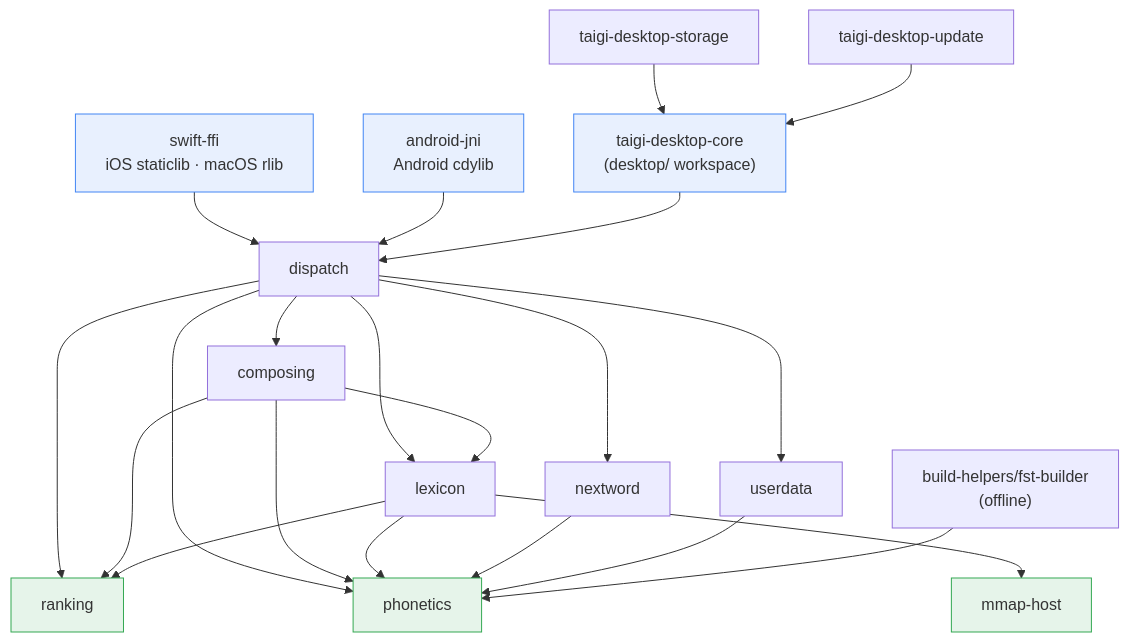
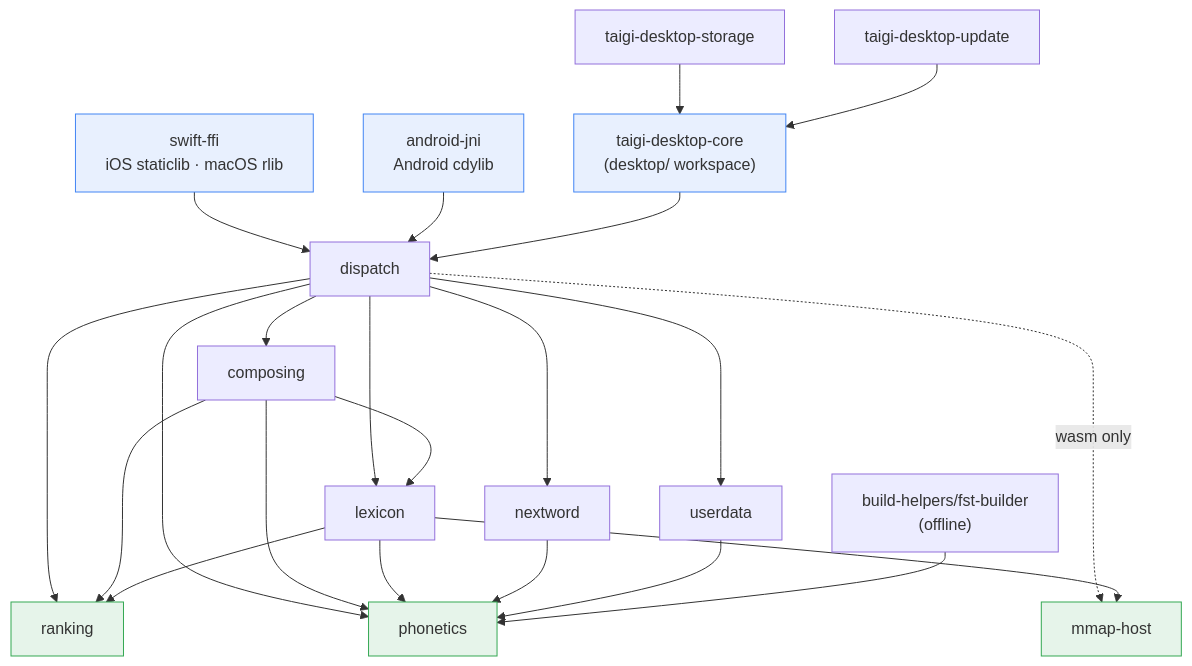
Before and after one commit to taigikeyboard/taigikeyboard: the second of 4 diagrams in docs/architecture/system-overview.md, drawn with Mermaid. The commit also changed 27 other files, not shown here.

````diff
--- a/docs/architecture/system-overview.md
+++ b/docs/architecture/system-overview.md
@@ -82,28 +82,29 @@
 ```mermaid
 graph TD
     swiftffi["swift-ffi<br/>iOS staticlib · macOS rlib"] --> dispatch
     androidjni["android-jni<br/>Android cdylib"] --> dispatch
     dcore["taigi-desktop-core<br/>(desktop/ workspace)"] --> dispatch
     dstorage["taigi-desktop-storage"] --> dcore
     dupdate["taigi-desktop-update"] --> dcore
     dispatch --> composing
     dispatch --> lexicon
     dispatch --> nextword
     dispatch --> ranking
     dispatch --> userdata
     dispatch --> phonetics
+    dispatch -. wasm only .-> mmaphost
     composing --> lexicon
     composing --> ranking
     composing --> phonetics
     lexicon --> ranking
     lexicon --> phonetics
     lexicon --> mmaphost["mmap-host"]
     nextword --> phonetics
     userdata --> phonetics
     fstbuilder["build-helpers/fst-builder<br/>(offline)"] --> phonetics
 
     classDef adapter fill:#e8f0fe,stroke:#4285f4;
     classDef leaf fill:#e6f4ea,stroke:#34a853;
     class swiftffi,androidjni,dcore adapter;
     class phonetics,mmaphost,ranking leaf;
 ```
````
